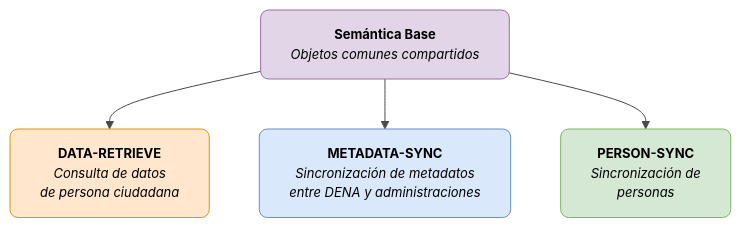
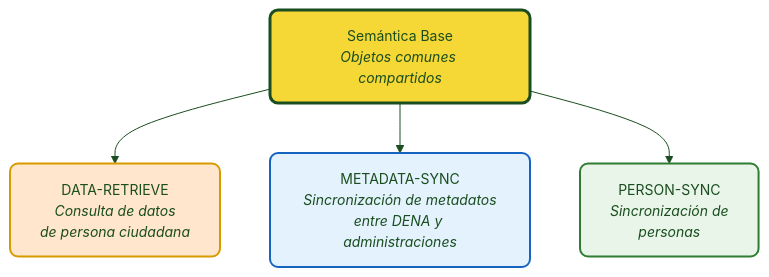
The diagram in docs/semantica/index.md (DENA-Euskadi/dena-euskadi.github.io), drawn with Mermaid before and after one commit. The commit also changed other lines of this file and 76 other files, not shown here.

````diff
--- a/docs/semantica/index.md
+++ b/docs/semantica/index.md
@@ -9,28 +9,24 @@
 ```mermaid
 ---
 config:
   theme: base
   themeVariables:
     primaryColor: "#FFFFFF"
-    primaryTextColor: "#000000"
-    primaryBorderColor: "#CCCCCC"
-    lineColor: "#4A4A4A"
-    fontSize: "13px"
+    primaryTextColor: "#1a4d1f"
+    primaryBorderColor: "#70d680"
+    lineColor: "#1a4d1f"
+    fontSize: "14px"
+    fontFamily: "Manrope, sans-serif"
 ---
 flowchart TD
-    BASE["<b>Semántica Base</b><br/><i>Objetos comunes compartidos</i>"]
+    BASE["Semántica Base<br/><i>Objetos comunes compartidos</i>"]
 
-    BASE --> DR["<b>DATA-RETRIEVE</b><br/><i>Consulta de datos<br/>de persona ciudadana</i>"]
-    BASE --> DS["<b>METADATA-SYNC</b><br/><i>Sincronización de metadatos<br/>entre DENA y administraciones</i>"]
-    BASE --> PS["<b>PERSON-SYNC</b><br/><i>Sincronización de<br/>personas</i>"]
+    BASE --> DR["DATA-RETRIEVE<br/><i>Consulta de datos<br/>de persona ciudadana</i>"]
+    BASE --> DS["METADATA-SYNC<br/><i>Sincronización de metadatos<br/>entre DENA y administraciones</i>"]
+    BASE --> PS["PERSON-SYNC<br/><i>Sincronización de<br/>personas</i>"]
 
-    style BASE fill:#e1d5e7,stroke:#9673a6,color:#000000,rx:8,ry:8
-    style DR fill:#ffe6cc,stroke:#d79b00,color:#000000,rx:8,ry:8
-    style DS fill:#dae8fc,stroke:#6c8ebf,color:#000000,rx:8,ry:8
-    style PS fill:#d5e8d4,stroke:#82b366,color:#000000,rx:8,ry:8
-
-    click DR "https://github.com/DENA-Euskadi/dena-common-docs/blob/main/docs/semantica/data-retrieve/index.md" "Ver DATA-RETRIEVE"
-    click DS "https://github.com/DENA-Euskadi/dena-common-docs/blob/main/docs/semantica/metadata-sync/index.md" "Ver METADATA-SYNC"
-    click PS "https://github.com/DENA-Euskadi/dena-common-docs/blob/main/docs/semantica/person-sync/index.md" "Ver PERSON-SYNC"
-    click BASE "https://github.com/DENA-Euskadi/dena-common-docs/blob/main/docs/semantica/semantica-base/index.md" "Ver Semántica Base"
+    style BASE fill:#f5d836,stroke:#1a4d1f,color:#1a4d1f,stroke-width:3px,rx:8,ry:8
+    style DR fill:#ffe6cc,stroke:#d79b00,color:#1a4d1f,stroke-width:2px,rx:8,ry:8
+    style DS fill:#e3f2fd,stroke:#1565c0,color:#1a4d1f,stroke-width:2px,rx:8,ry:8
+    style PS fill:#e8f5e8,stroke:#2e7d32,color:#1a4d1f,stroke-width:2px,rx:8,ry:8
 ```
````
